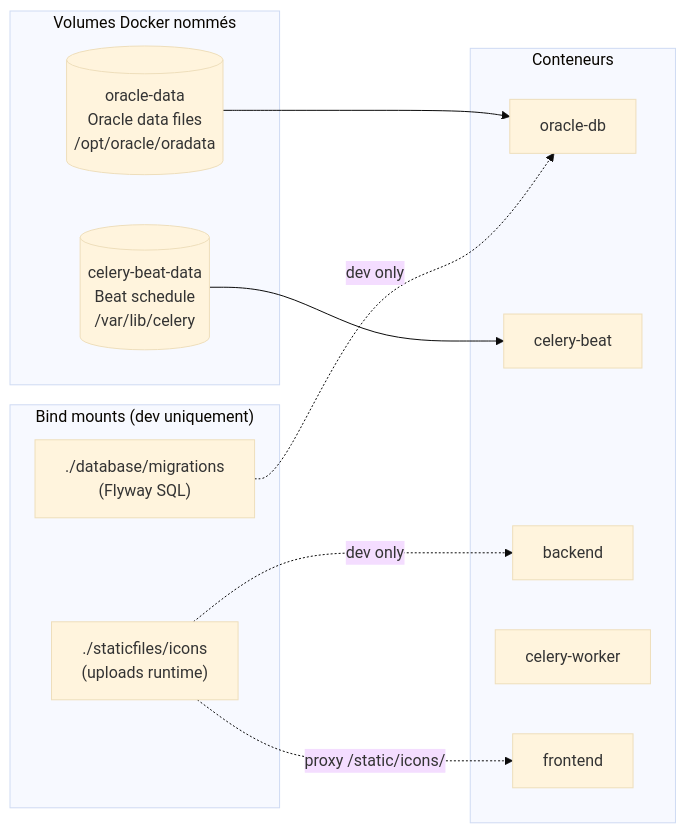
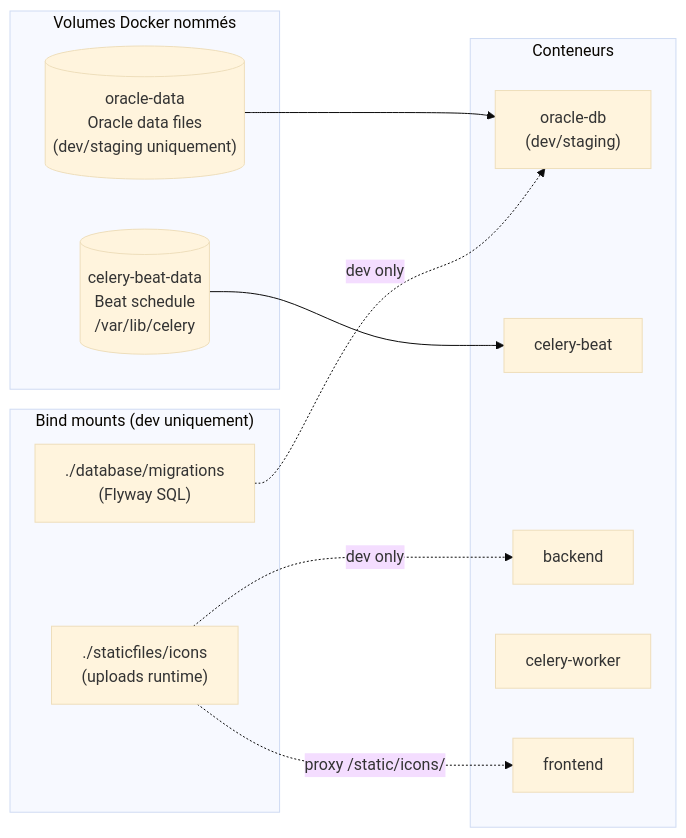
Before and after one commit to cmodiano/dbops-idp-portal: the third of 6 diagrams in docs/architecture/container-architecture.md, drawn with Mermaid (base theme). The commit also changed other lines of this file and 14 other files, not shown here.

````diff
--- a/docs/architecture/container-architecture.md
+++ b/docs/architecture/container-architecture.md
@@ -122,26 +137,26 @@
 ```mermaid
 flowchart LR
     subgraph VOLUMES["Volumes Docker nommés"]
-        VOL_ORA[("oracle-data\nOracle data files\n/opt/oracle/oradata")]
+        VOL_ORA[("oracle-data\nOracle data files\n(dev/staging uniquement)")]
         VOL_BEAT[("celery-beat-data\nBeat schedule\n/var/lib/celery")]
     end
 
     subgraph CONTAINERS["Conteneurs"]
-        ORA["oracle-db"]
+        ORA["oracle-db\n(dev/staging)"]
         CB["celery-beat"]
         BE["backend"]
         CW["celery-worker"]
         FE["frontend"]
     end
 
     subgraph BIND_MOUNTS["Bind mounts (dev uniquement)"]
         MIG["./database/migrations\n(Flyway SQL)"]
         STATIC["./staticfiles/icons\n(uploads runtime)"]
     end
 
     VOL_ORA --> ORA
     VOL_BEAT --> CB
     MIG -.->|"dev only"| ORA
     STATIC -.->|"dev only"| BE
     STATIC -.->|"proxy /static/icons/"| FE
 ```
````
